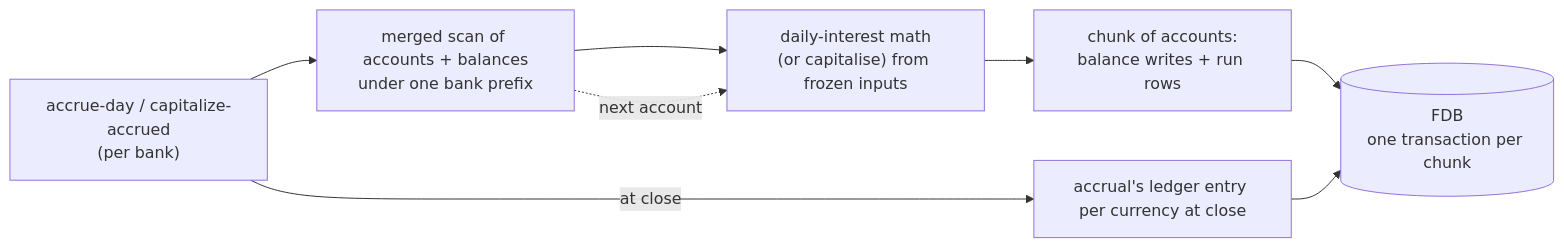
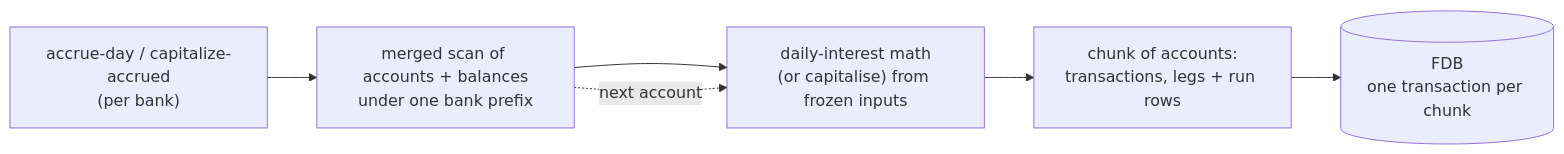
Before and after one commit to repldriven/queenswood: the first of 4 diagrams in docs/tdd/interest.md, drawn with Mermaid. The commit also changed other lines of this file and 46 other files, not shown here.

First line of the commit message:
Post interest as legs, eight chunks at once, so a run reads and rewrites no balance row and the books balance after every chunk (#839)

````diff
--- a/docs/tdd/interest.md
+++ b/docs/tdd/interest.md
@@ -102,17 +97,14 @@
 ```mermaid
 graph LR
     CMD["accrue-day / capitalize-accrued<br/>(per bank)"]
     SCAN["merged scan of accounts + balances<br/>under one bank prefix"]
     CALC["daily-interest math<br/>(or capitalise) from frozen inputs"]
-    CHUNK["chunk of accounts:<br/>balance writes + run rows"]
+    CHUNK["chunk of accounts:<br/>transactions, legs + run rows"]
     FDB[("FDB<br/>one transaction per chunk")]
-    ENTRY["accrual's ledger entry per currency at close"]
 
     CMD --> SCAN
     SCAN --> CALC
     CALC --> CHUNK
     CHUNK --> FDB
     SCAN -.->|"next account"| CALC
-    CMD -->|"at close"| ENTRY
-    ENTRY --> FDB
 ```
````
